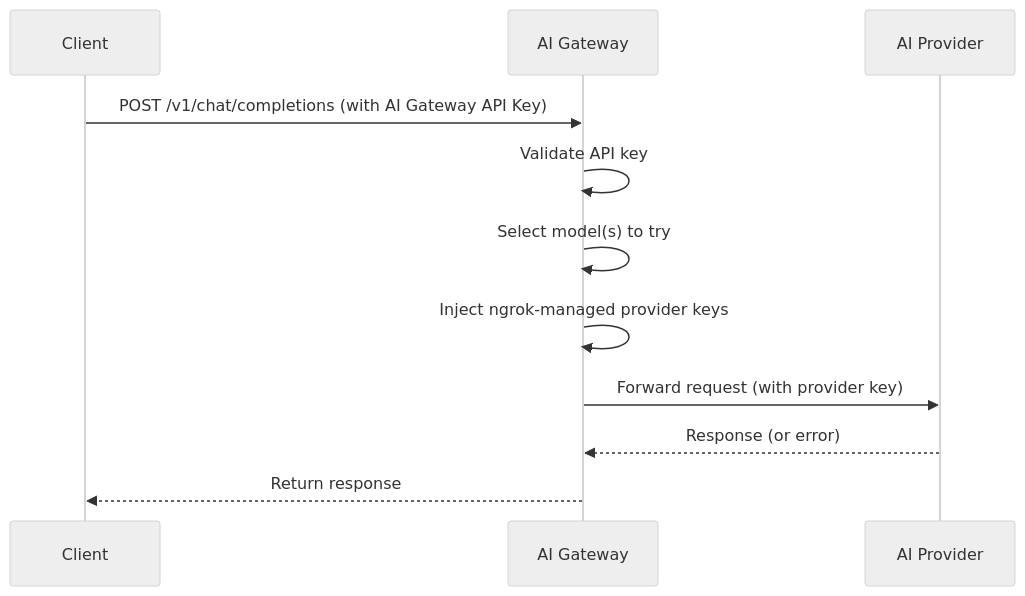
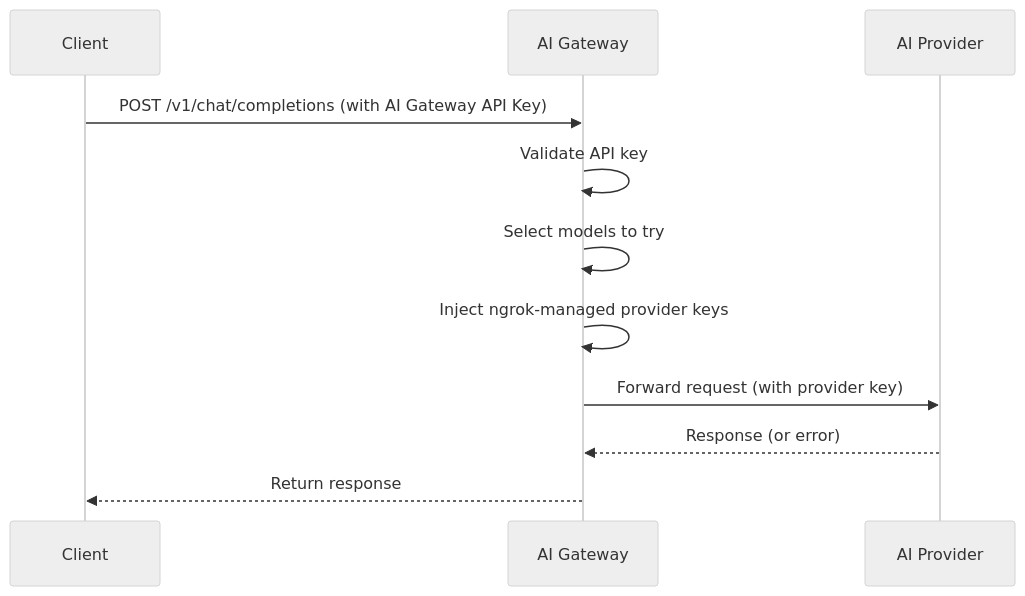
The first of 2 diagrams in ai-gateway/how-it-works.mdx (ngrok/ngrok-docs), drawn with Mermaid (neutral theme) before and after one commit. The commit also changed other lines of this file and 20 other files, not shown here.

````diff
--- a/ai-gateway/how-it-works.mdx
+++ b/ai-gateway/how-it-works.mdx
@@ -11,14 +11,14 @@
 ```mermaid
 sequenceDiagram
     participant Client
     participant Gateway as AI Gateway
     participant Provider as AI Provider
 
     Client->>Gateway: POST /v1/chat/completions (with AI Gateway API Key)
     Gateway->>Gateway: Validate API key
-    Gateway->>Gateway: Select model(s) to try
+    Gateway->>Gateway: Select models to try
     Gateway->>Gateway: Inject ngrok-managed provider keys
     Gateway->>Provider: Forward request (with provider key)
     Provider-->>Gateway: Response (or error)
     Gateway-->>Client: Return response
 ```
````
